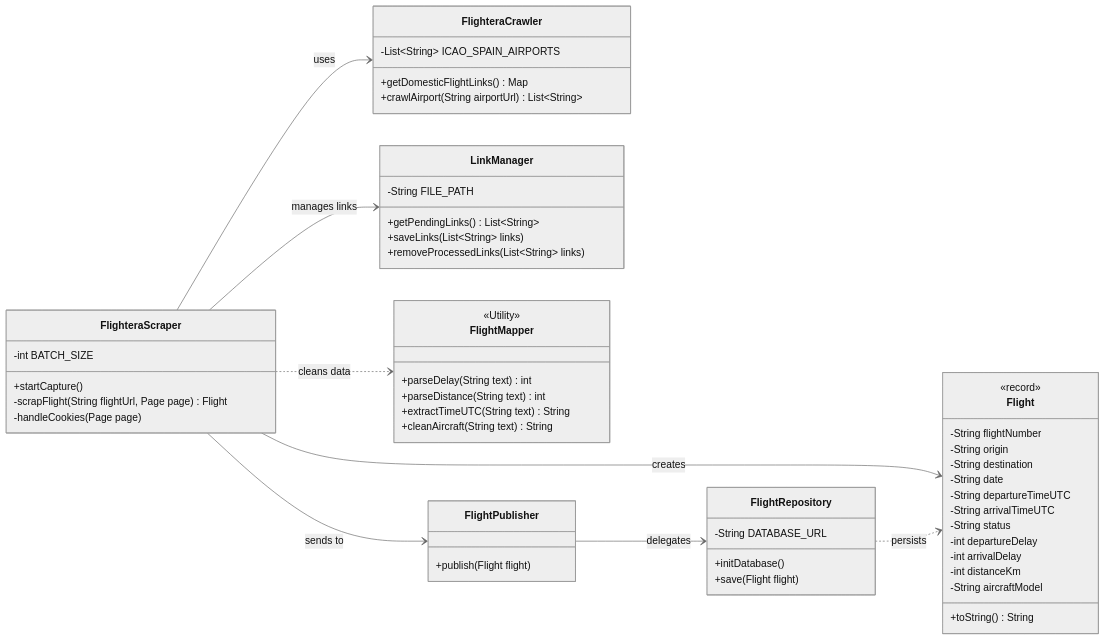
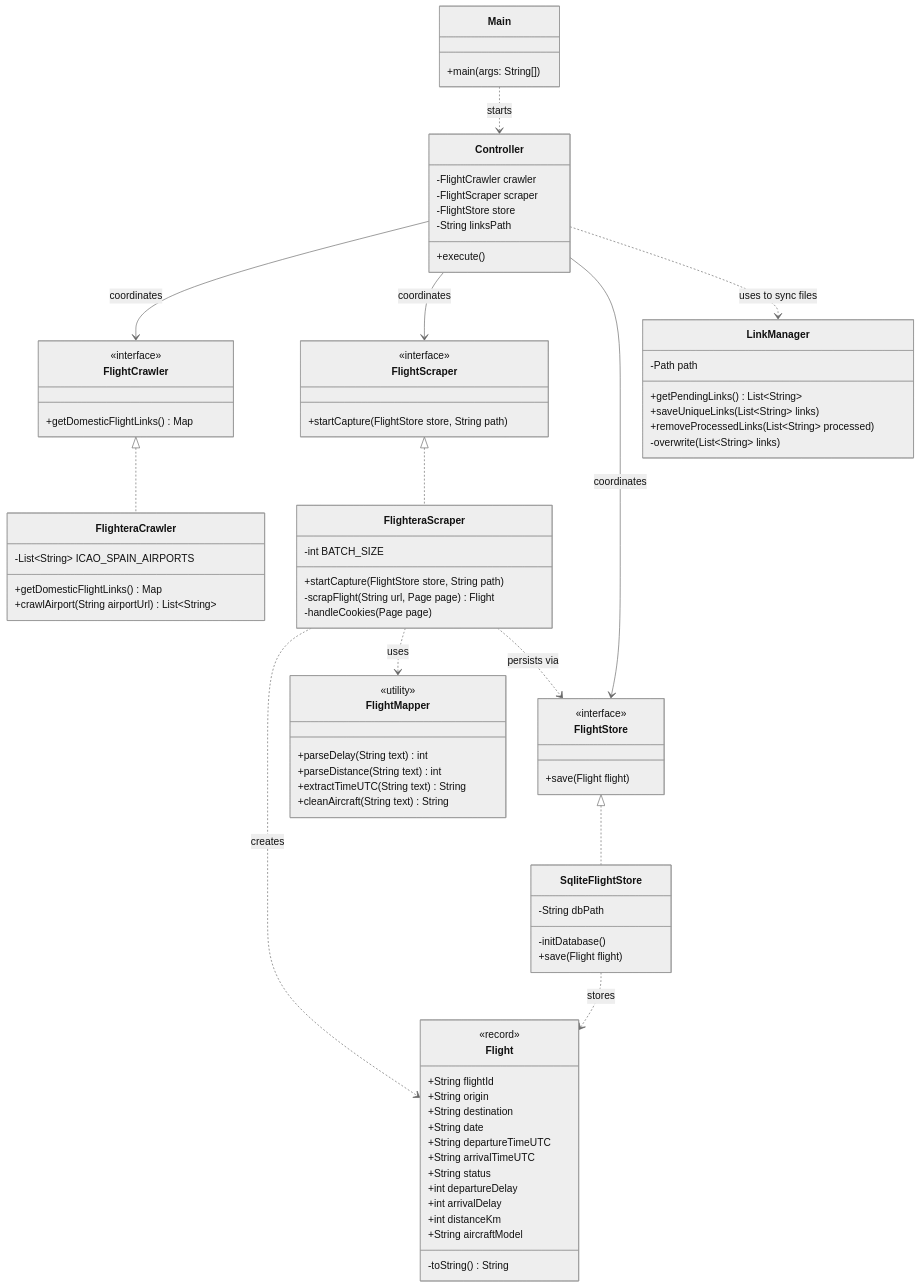
Before and after one commit to NoVibesJustCode/sky-delay-forecast: the second of 3 diagrams in readme.md, drawn with Mermaid (neutral theme).

Commit message:
docs: sync flight module architecture diagram with final code structure

````diff
--- a/readme.md
+++ b/readme.md
@@ -76,12 +76,18 @@
 ```mermaid
 classDiagram
-    direction LR
+    direction TB
 
-    class FlighteraScraper {
-        -int BATCH_SIZE
-        +startCapture()
-        -scrapFlight(String flightUrl, Page page) Flight
-        -handleCookies(Page page)
+    class Controller {
+        -FlightCrawler crawler
+        -FlightScraper scraper
+        -FlightStore store
+        -String linksPath
+        +execute()
+    }
+
+    class FlightCrawler {
+        <<interface>>
+        +getDomesticFlightLinks() Map
     }
 
     class FlighteraCrawler {
@@ -90,53 +96,79 @@
         +crawlAirport(String airportUrl) List~String~
     }
 
+    class FlightScraper {
+        <<interface>>
+        +startCapture(FlightStore store, String path)
+    }
+
+    class FlighteraScraper {
+        -int BATCH_SIZE
+        +startCapture(FlightStore store, String path)
+        -scrapFlight(String url, Page page) Flight
+        -handleCookies(Page page)
+    }
+
+    class FlightStore {
+        <<interface>>
+        +save(Flight flight)
+    }
+
+    class SqliteFlightStore {
+        -String dbPath
+        -initDatabase()
+        +save(Flight flight)
+    }
+
     class LinkManager {
-        -String FILE_PATH
+        -Path path
         +getPendingLinks() List~String~
-        +saveLinks(List~String~ links)
-        +removeProcessedLinks(List~String~ links)
+        +saveUniqueLinks(List~String~ links)
+        +removeProcessedLinks(List~String~ processed)
+        -overwrite(List~String~ links)
     }
 
     class FlightMapper {
-        <<Utility>>
+        <<utility>>
         +parseDelay(String text) int
         +parseDistance(String text) int
         +extractTimeUTC(String text) String
         +cleanAircraft(String text) String
     }
 
-    class FlightPublisher {
-        +publish(Flight flight)
+    class Flight {
+        <<record>>
+        +String flightId
+        +String origin
+        +String destination
+        +String date
+        +String departureTimeUTC
+        +String arrivalTimeUTC
+        +String status
+        +int departureDelay
+        +int arrivalDelay
+        +int distanceKm
+        +String aircraftModel
+        -toString() String
     }
 
-    class Flight {
-        -String flightNumber
-        -String origin
-        -String destination
-        -String date
-        -String departureTimeUTC
-        -String arrivalTimeUTC
-        -String status
-        -int departureDelay
-        -int arrivalDelay
-        -int distanceKm
-        -String aircraftModel
-        +toString() String
+    class Main {
+        +main(args: String[])
     }
 
-    class FlightRepository {
-        -String DATABASE_URL
-        +initDatabase()
-        +save(Flight flight)
-    }
+    FlightCrawler <|.. FlighteraCrawler
+    FlightScraper <|.. FlighteraScraper
+    FlightStore <|.. SqliteFlightStore
+
+    Controller --> FlightCrawler : coordinates
+    Controller --> FlightScraper : coordinates
+    Controller --> FlightStore : coordinates
+    Controller ..> LinkManager : uses to sync files
     
-    <<record>> Flight
+    FlighteraScraper ..> Flight : creates
+    FlighteraScraper ..> FlightMapper : uses
+    FlighteraScraper ..> FlightStore : persists via
+    
+    SqliteFlightStore ..> Flight : stores
 
-    FlighteraScraper --> FlighteraCrawler : uses
-    FlighteraScraper --> LinkManager : manages links
-    FlighteraScraper ..> FlightMapper : cleans data
-    FlighteraScraper --> Flight : creates
-    FlighteraScraper --> FlightPublisher : sends to
-    FlightPublisher --> FlightRepository : delegates
-    FlightRepository ..> Flight : persists
+    Main ..> Controller : starts
 ```
````
